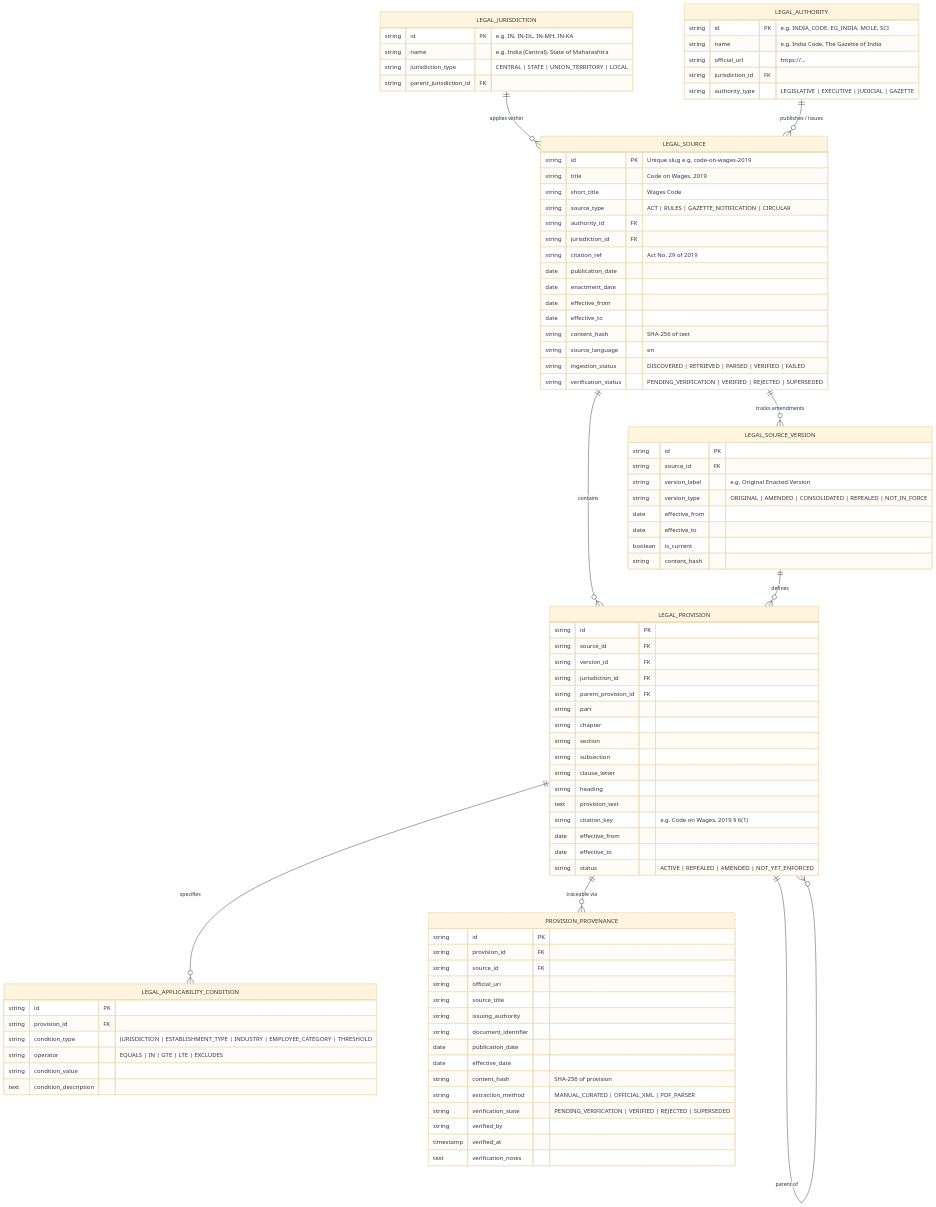
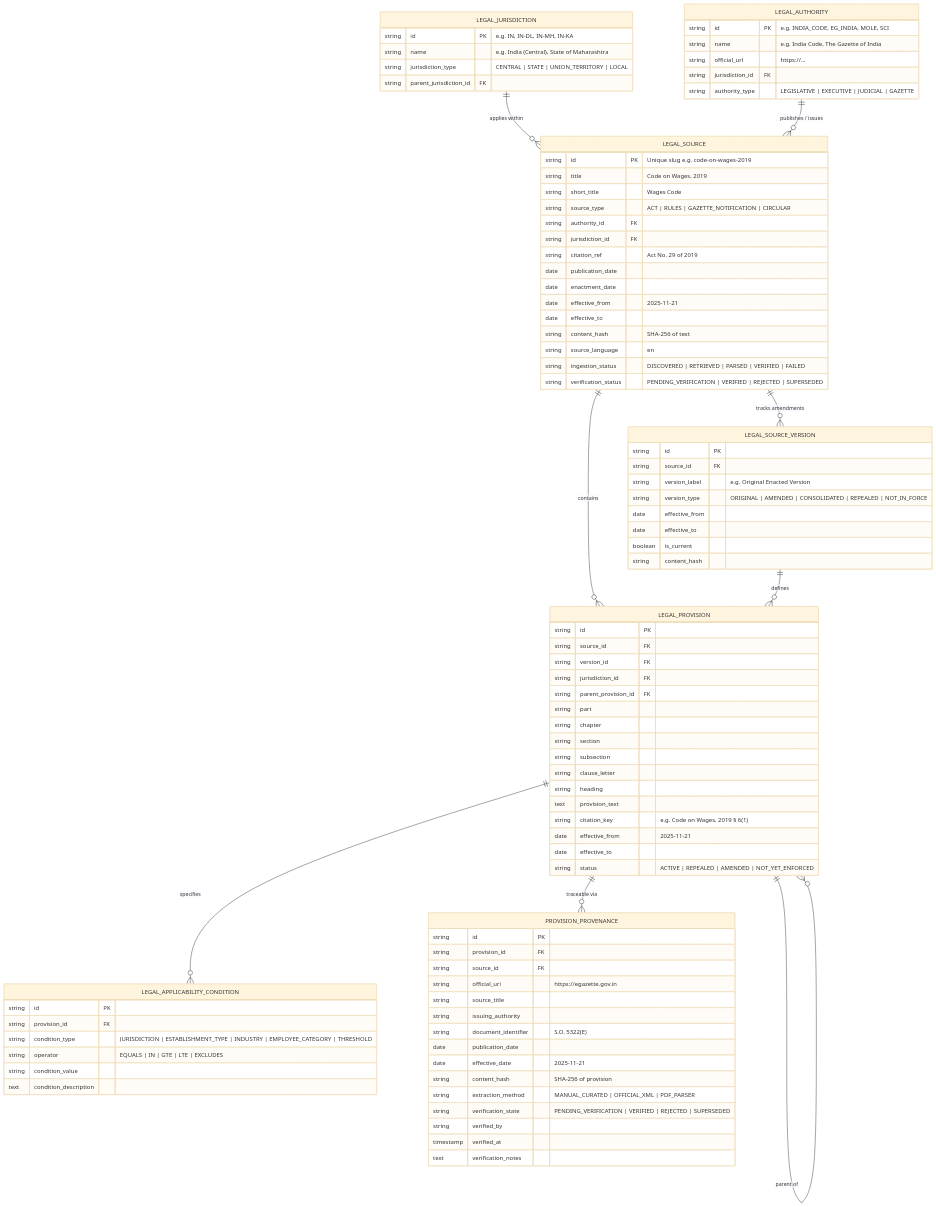
The diagram in backend/app/docs/LEGAL_KNOWLEDGE_ARCHITECTURE.md (aaryan-paliwal/clausetrace), drawn with Mermaid (base theme) before and after one commit. The commit also changed other lines of this file and 5 other files, not shown here.

```diff
--- a/backend/app/docs/LEGAL_KNOWLEDGE_ARCHITECTURE.md
+++ b/backend/app/docs/LEGAL_KNOWLEDGE_ARCHITECTURE.md
@@ -51,7 +72,7 @@
         string citation_ref "Act No. 29 of 2019"
         date publication_date
         date enactment_date
-        date effective_from
+        date effective_from "2025-11-21"
         date effective_to
         string content_hash "SHA-256 of text"
         string source_language "en"
@@ -84,7 +105,7 @@
         string heading
         text provision_text
         string citation_key "e.g. Code on Wages, 2019 § 6(1)"
-        date effective_from
+        date effective_from "2025-11-21"
         date effective_to
         string status "ACTIVE | REPEALED | AMENDED | NOT_YET_ENFORCED"
     }
@@ -102,12 +123,12 @@
         string id PK
         string provision_id FK
         string source_id FK
-        string official_uri
+        string official_uri "https://egazette.gov.in"
         string source_title
         string issuing_authority
-        string document_identifier
+        string document_identifier "S.O. 5322(E)"
         date publication_date
-        date effective_date
+        date effective_date "2025-11-21"
         string content_hash "SHA-256 of provision"
         string extraction_method "MANUAL_CURATED | OFFICIAL_XML | PDF_PARSER"
         string verification_state "PENDING_VERIFICATION | VERIFIED | REJECTED | SUPERSEDED"
```
